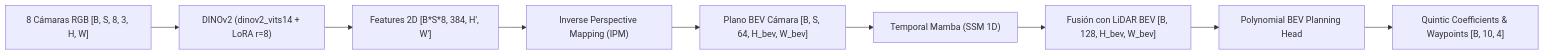
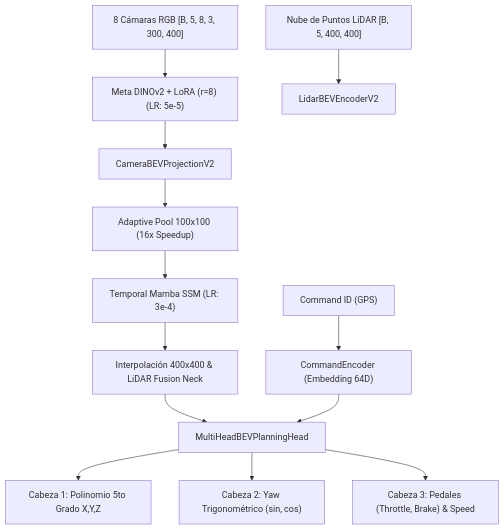
Before and after one commit to DiegoXAI-Shape/self-driving: the diagram in README.md, drawn with Mermaid. The commit also changed other lines of this file and 3 other files, not shown here.

````diff
--- a/README.md
+++ b/README.md
@@ -24,11 +22,18 @@
 ```mermaid
-graph LR
-    A["8 Cámaras RGB [B, S, 8, 3, H, W]"] --> B["DINOv2 (dinov2_vits14 + LoRA r=8)"]
-    B --> C["Features 2D [B*S*8, 384, H', W']"]
-    C --> D["Inverse Perspective Mapping (IPM)"]
-    D --> E["Plano BEV Cámara [B, S, 64, H_bev, W_bev]"]
-    E --> F["Temporal Mamba (SSM 1D)"]
-    F --> G["Fusión con LiDAR BEV [B, 128, H_bev, W_bev]"]
-    G --> H["Polynomial BEV Planning Head"]
-    H --> I["Quintic Coefficients & Waypoints [B, 10, 4]"]
+graph TD
+    A["8 Cámaras RGB [B, 5, 8, 3, 300, 400]"] --> B["Meta DINOv2 + LoRA (r=8) (LR: 5e-5)"]
+    C["Nube de Puntos LiDAR [B, 5, 400, 400]"] --> D["LidarBEVEncoderV2"]
+    E["Command ID (GPS)"] --> F["CommandEncoder (Embedding 64D)"]
+    
+    B --> G["CameraBEVProjectionV2"]
+    G --> H["Adaptive Pool 100x100 (16x Speedup)"]
+    H --> I["Temporal Mamba SSM (LR: 3e-4)"]
+    I --> J["Interpolación 400x400 & LiDAR Fusion Neck"]
+    
+    J --> K["MultiHeadBEVPlanningHead"]
+    F --> K
+    
+    K --> L["Cabeza 1: Polinomio 5to Grado X,Y,Z"]
+    K --> M["Cabeza 2: Yaw Trigonométrico (sin, cos)"]
+    K --> N["Cabeza 3: Pedales (Throttle, Brake) & Speed"]
 ```
````
